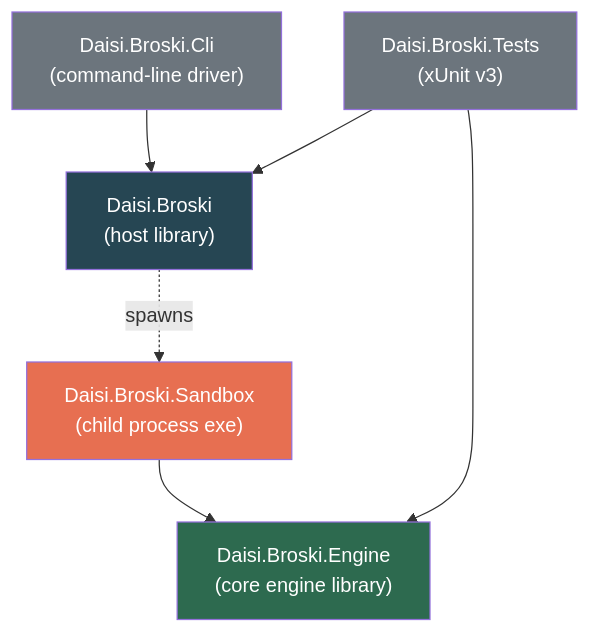
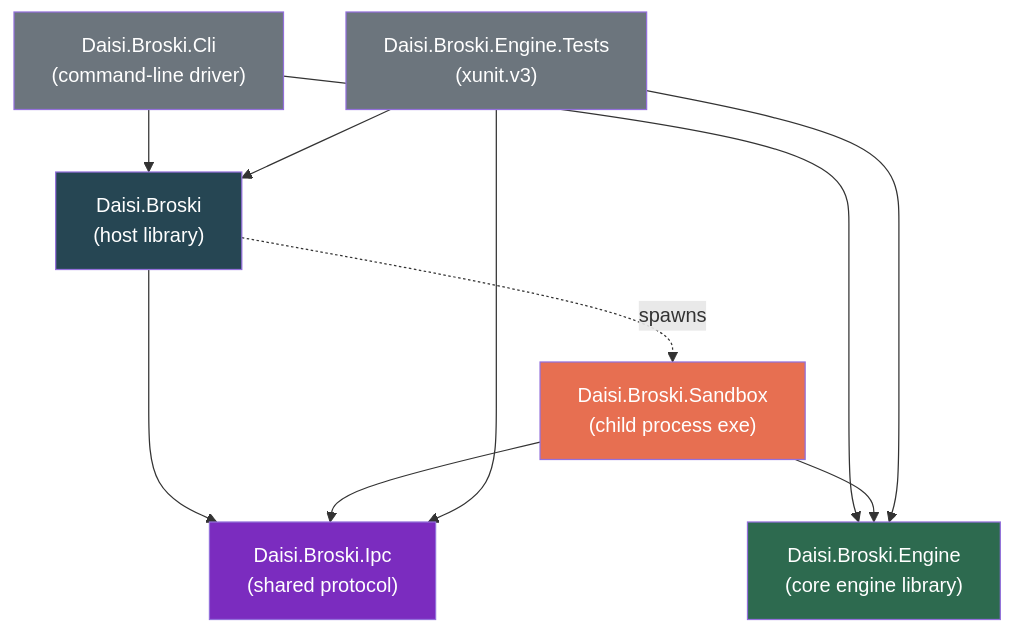
One commit to daisinet/daisi-broski changed the diagram in docs/architecture.md. Above: the diagram before and after it, drawn with Mermaid. The commit also changed other lines of this file and 3 other files, not shown here.

First line of the commit message:
Docs: sync README / roadmap / architecture / design-decisions with shipped state

````diff
--- a/docs/architecture.md
+++ b/docs/architecture.md
@@ -59,20 +61,26 @@
 ```mermaid
 graph TD
     CLI["Daisi.Broski.Cli\n(command-line driver)"]
     HOST["Daisi.Broski\n(host library)"]
     SANDBOX["Daisi.Broski.Sandbox\n(child process exe)"]
     ENGINE["Daisi.Broski.Engine\n(core engine library)"]
-    TESTS["Daisi.Broski.Tests\n(xUnit v3)"]
+    IPC["Daisi.Broski.Ipc\n(shared protocol)"]
+    TESTS["Daisi.Broski.Engine.Tests\n(xunit.v3)"]
 
     CLI --> HOST
+    CLI --> ENGINE
+    HOST --> IPC
     HOST -. spawns .-> SANDBOX
     SANDBOX --> ENGINE
+    SANDBOX --> IPC
     TESTS --> ENGINE
     TESTS --> HOST
+    TESTS --> IPC
 
     style ENGINE fill:#2d6a4f,color:#fff
     style HOST fill:#264653,color:#fff
     style SANDBOX fill:#e76f51,color:#fff
+    style IPC fill:#7b2cbf,color:#fff
     style CLI fill:#6c757d,color:#fff
     style TESTS fill:#6c757d,color:#fff
 ```
````
